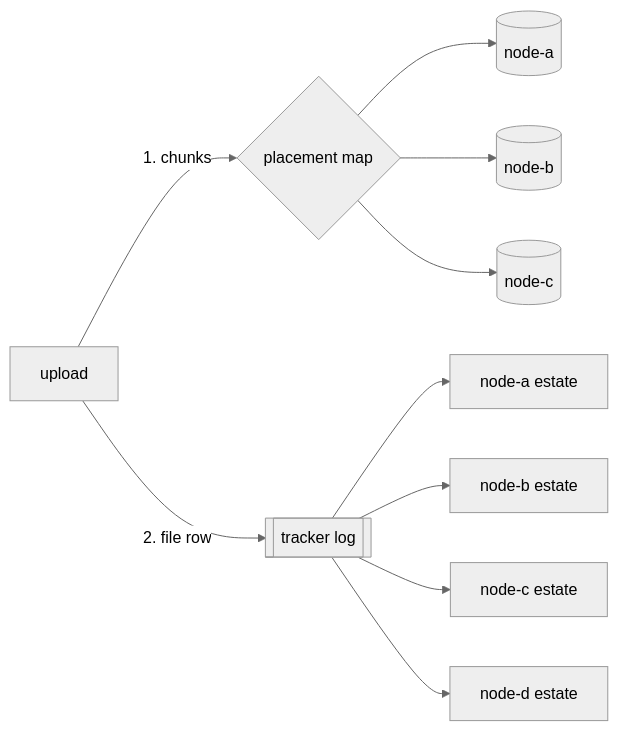
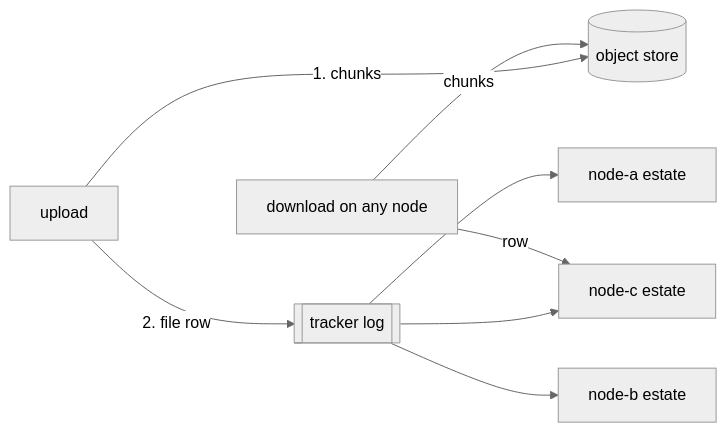
Before and after one commit to crewlet/crewlet: the diagram in docs/concepts/object-store.md, drawn with Mermaid (neutral theme). The commit also changed other lines of this file and 230 other files, not shown here.

````diff
--- a/docs/concepts/object-store.md
+++ b/docs/concepts/object-store.md
@@ -21,12 +23,10 @@
 ```mermaid
 flowchart LR
-    W[upload] -->|1. chunks| P{placement map}
-    P --> A[(node-a)]
-    P --> B[(node-b)]
-    P --> C[(node-c)]
+    W[upload] -->|1. chunks| S[(object store)]
     W -->|2. file row| L[[tracker log]]
-    L --> A2[node-a estate]
-    L --> B2[node-b estate]
-    L --> C2[node-c estate]
-    L --> D2[node-d estate]
+    L --> A[node-a estate]
+    L --> B[node-b estate]
+    L --> C[node-c estate]
+    R[download on any node] -->|row| C
+    R -->|chunks| S
 ```
````
